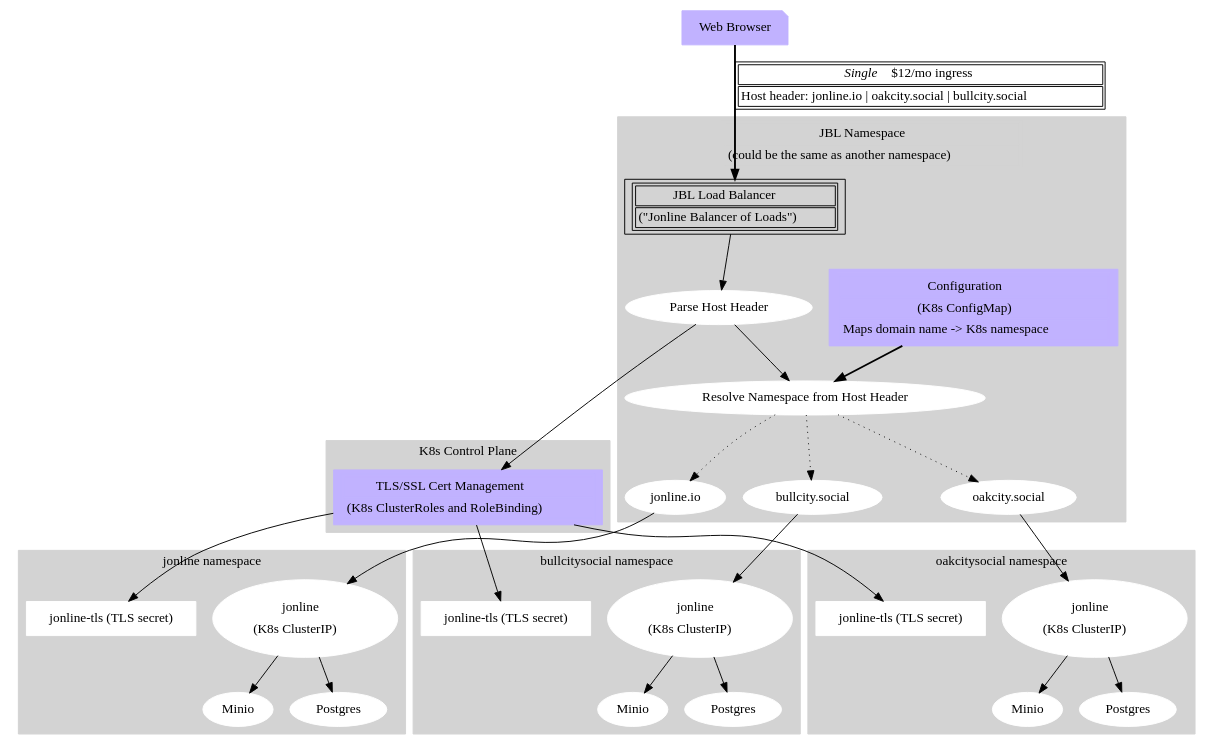
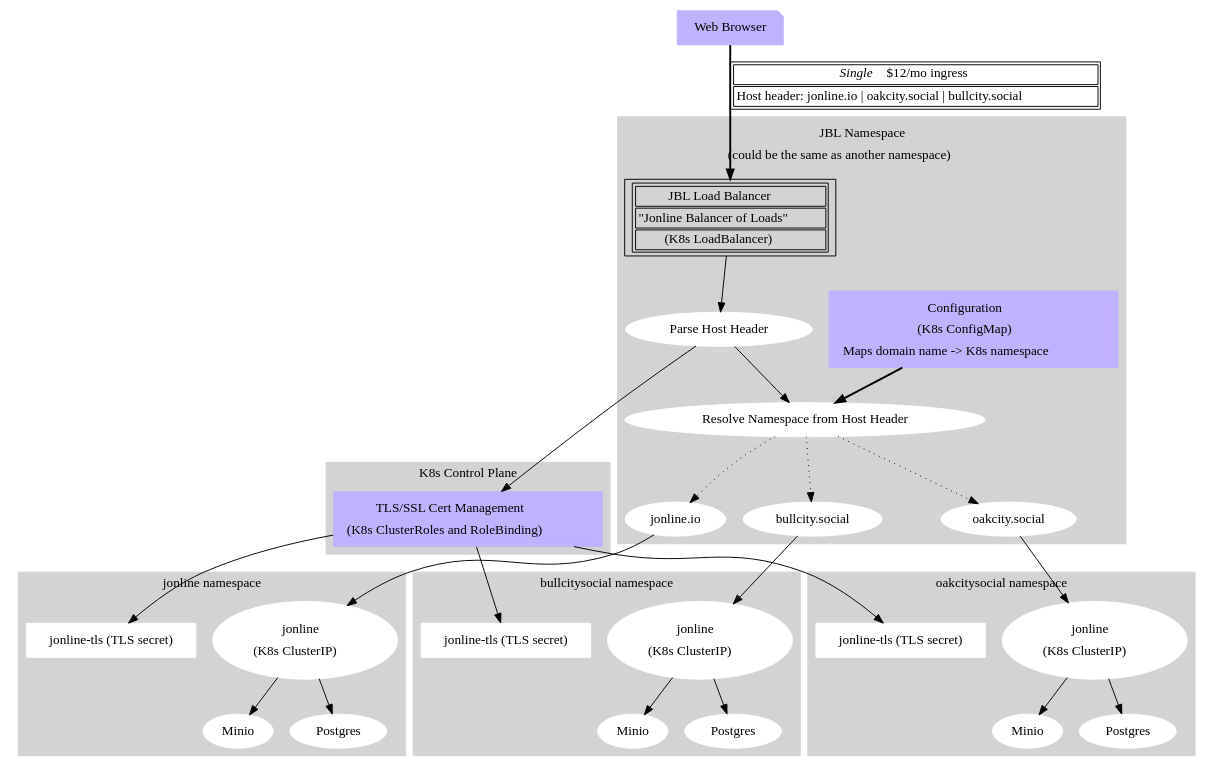
One commit to JonLatane/jonline changed the diagram in docs/architecture/JBL_Kubernetes_Deployment.dot. Above: the diagram before and after it, drawn with Graphviz. The commit also changed 3 other files, not shown here.

```diff
--- a/docs/architecture/JBL_Kubernetes_Deployment.dot
+++ b/docs/architecture/JBL_Kubernetes_Deployment.dot
@@ -1,125 +1,125 @@
 digraph G {
   size = "100,100";
   browser [shape = note;style = filled;color = ".7 .3 1.0";label = "Web Browser";];
   
   browser -> jbl [style = bold; label = <<table><tr><td><i>Single</i>&nbsp;$12/mo ingress</td></tr><tr><td>Host header: jonline.io | oakcity.social | bullcity.social</td></tr></table>>];
   
   subgraph cluster0 {
     label = <<table><tr><td>JBL Namespace</td></tr><tr><td>(could be the same as another namespace)</td></tr></table>>;
     node [style = filled; color = white;];
     style = filled;
     color = lightgrey;
     
-    jbl [shape = box;label = <<table><tr><td>JBL Load Balancer</td></tr><tr><td>("Jonline Balancer of Loads")</td></tr></table>>];
+    jbl [shape = box;label = <<table><tr><td>JBL Load Balancer</td></tr><tr><td>"Jonline Balancer of Loads"</td></tr><tr><td>(K8s LoadBalancer)</td></tr></table>>];
     configuration [shape = box;style = filled;color = ".7 .3 1.0";label = <
       <table>
       <tr>
       <td>Configuration</td>
       </tr>
       <tr>
       <td>(K8s ConfigMap)</td>
       </tr>
       <tr>
       <td>Maps domain name -&gt; K8s namespace</td>
       </tr>
       </table>
       >;];
     
     configuration -> resolve_namespace [style = bold];
     
     parse_host [label = "Parse Host Header";];
     resolve_namespace [label = "Resolve Namespace from Host Header";];
     // jbl -> resolve_namespace [weight = 8;];
     jbl -> parse_host [weight = 8;];
     parse_host -> resolve_namespace [weight = 8;];
     
     
     jonlineio [label = "jonline.io";];
     oakcitysocial [label = "oakcity.social";];
     bullcitysocial [label = "bullcity.social";];
     
     resolve_namespace -> jonlineio [style = dotted;];
     resolve_namespace -> oakcitysocial [style = dotted;];
     resolve_namespace -> bullcitysocial [style = dotted;];
     
   }
   
   subgraph cluster4 {
     label = "K8s Control Plane";
     node [style = filled; color = white;];
     style = filled;
     color = lightgrey;
     certs [shape = box;style = filled;color = ".7 .3 1.0";label = <
       <table>
       <tr>
       <td>TLS/SSL Cert Management</td>
       </tr>
       <tr>
       <td>(K8s ClusterRoles and RoleBinding)</td>
       </tr>
       </table>
       >;];
   }
 
   subgraph cluster1 {
     label = "jonline namespace";
     node [style = filled; color = white;];
     style = filled;
     color = lightgrey;
     
     jonline0 [label = <<table><tr><td>jonline</td></tr><tr><td>(K8s ClusterIP)</td></tr></table>>];
     minio0 [label = "Minio";];
     postgres0 [label = "Postgres";];
     tls0 [shape = "box";label = "jonline-tls (TLS secret)";];
     
     jonline0 -> minio0;
     jonline0 -> postgres0;
   }
   
   jonlineio -> jonline0;
   parse_host -> certs;
   
   subgraph cluster2 {
     label = "oakcitysocial namespace";
     node [style = filled; color = white;];
     style = filled;
     color = lightgrey;
     
     jonline1 [label = <<table><tr><td>jonline</td></tr><tr><td>(K8s ClusterIP)</td></tr></table>>;];
     minio1 [label = "Minio";];
     postgres1 [label = "Postgres";];
     
     jonline1 -> minio1;
     jonline1 -> postgres1;
     tls1 [shape = "box";label = "jonline-tls (TLS secret)";];
   }
   oakcitysocial -> jonline1;
   
   subgraph cluster3 {
     label = "bullcitysocial namespace";
     node [style = filled; color = white;];
     style = filled;
     color = lightgrey;
     
     jonline2 [label = <<table><tr><td>jonline</td></tr><tr><td>(K8s ClusterIP)</td></tr></table>>;];
     minio2 [label = "Minio";];
     postgres2 [label = "Postgres";];
     
     jonline2 -> minio2;
     jonline2 -> postgres2;
     tls2 [shape = "box";label = "jonline-tls (TLS secret)";];
   }
   bullcitysocial -> jonline2;
   
   certs -> tls0;
   certs -> tls1;
   certs -> tls2;
   // resolve_namespace ->  [style=dotted] bullcitysocial;
   // execute -> { make_string; printf}
   // jonlineio -> make_string;
   // edge [color=red];
   // jbl -> printf [style=bold,label="100 times"];
   // make_string [label="make a\nstring"];
   // node [shape=box,style=filled,color=".7 .3 1.0"];
   // execute -> compare;
 }
```
